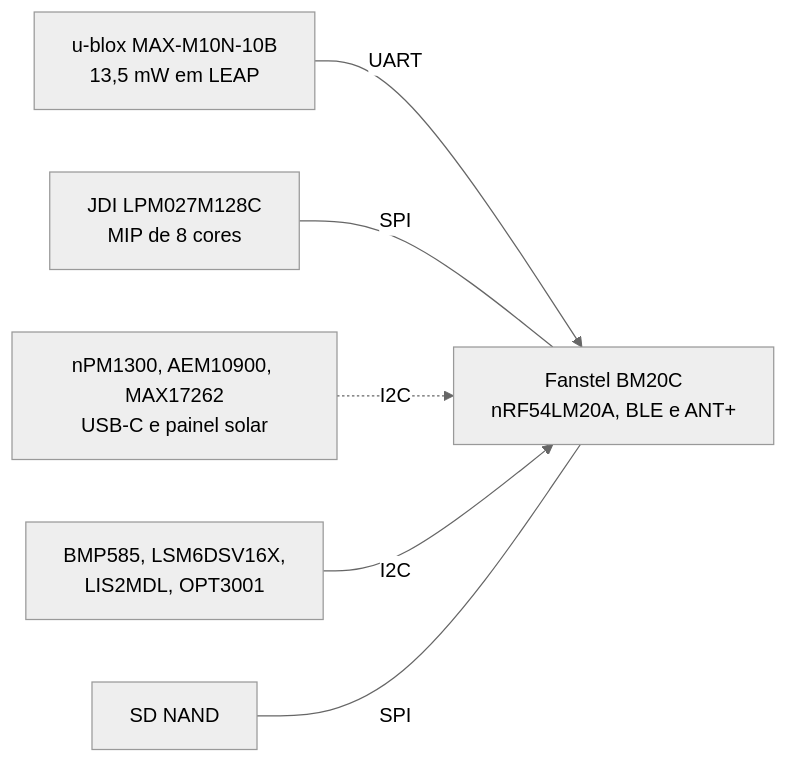
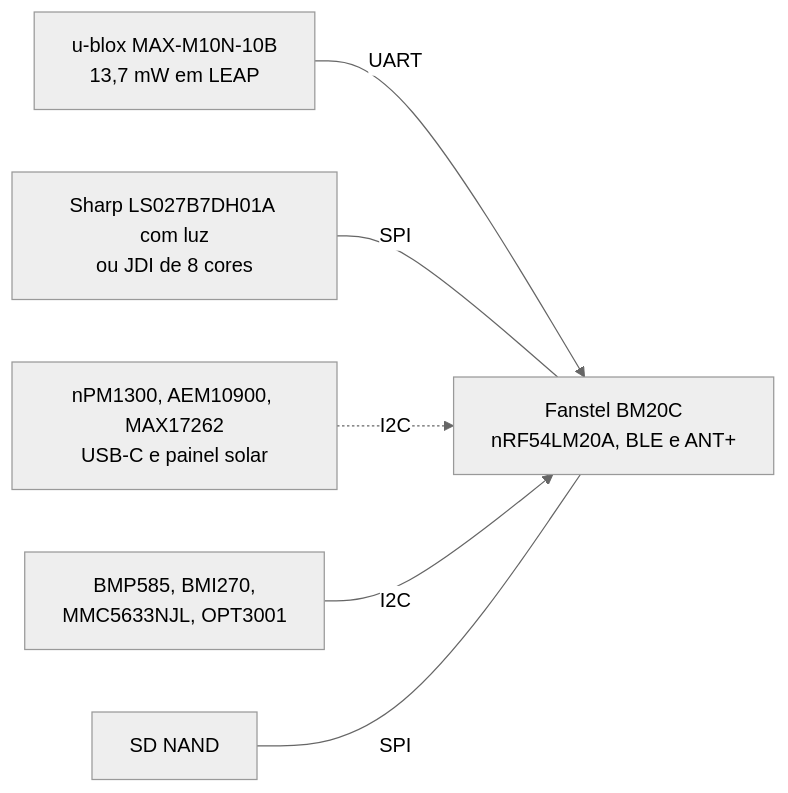
The second of 3 diagrams in README.md (Guiimartinho/gnss-bike-computer), drawn with Mermaid (neutral theme) before and after one commit. The commit also changed other lines of this file and 13 other files, not shown here.

````diff
--- a/README.md
+++ b/README.md
@@ -59,9 +59,9 @@
 ```mermaid
 flowchart LR
     MCU["Fanstel BM20C<br/>nRF54LM20A, BLE e ANT+"]
-    GNSS2["u-blox MAX-M10N-10B<br/>13,5 mW em LEAP"] -->|UART| MCU
-    LCD2["JDI LPM027M128C<br/>MIP de 8 cores"] ---|SPI| MCU
+    GNSS2["u-blox MAX-M10N-10B<br/>13,7 mW em LEAP"] -->|UART| MCU
+    LCD2["Sharp LS027B7DH01A com luz<br/>ou JDI de 8 cores"] ---|SPI| MCU
     PWR["nPM1300, AEM10900, MAX17262<br/>USB-C e painel solar"] -.->|I2C| MCU
-    SENS2["BMP585, LSM6DSV16X,<br/>LIS2MDL, OPT3001"] -->|I2C| MCU
+    SENS2["BMP585, BMI270,<br/>MMC5633NJL, OPT3001"] -->|I2C| MCU
     MEM["SD NAND"] ---|SPI| MCU
 ```
````
